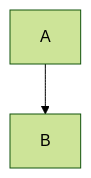
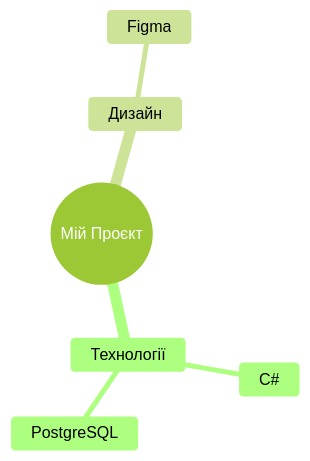
One commit to acvetochka/useful changed diagram 22 of 23 in Documentation/Markdown/Mermaid.md. Above: the diagram before and after it, drawn with Mermaid. The commit also changed other lines of this file, not shown here.

````diff
--- a/Documentation/Markdown/Mermaid.md
+++ b/Documentation/Markdown/Mermaid.md
@@ -520,5 +529,10 @@
-```mermaid
-%%{init: {'theme': 'forest'}}%%
-graph TD
-    A --> B
-```
+  ```mermaid
+  %%{init: {'theme': 'forest'}}%%
+  mindmap
+    root((Мій Проєкт))
+      Технології
+        C#
+        PostgreSQL
+      Дизайн
+        Figma
+  ```
````
